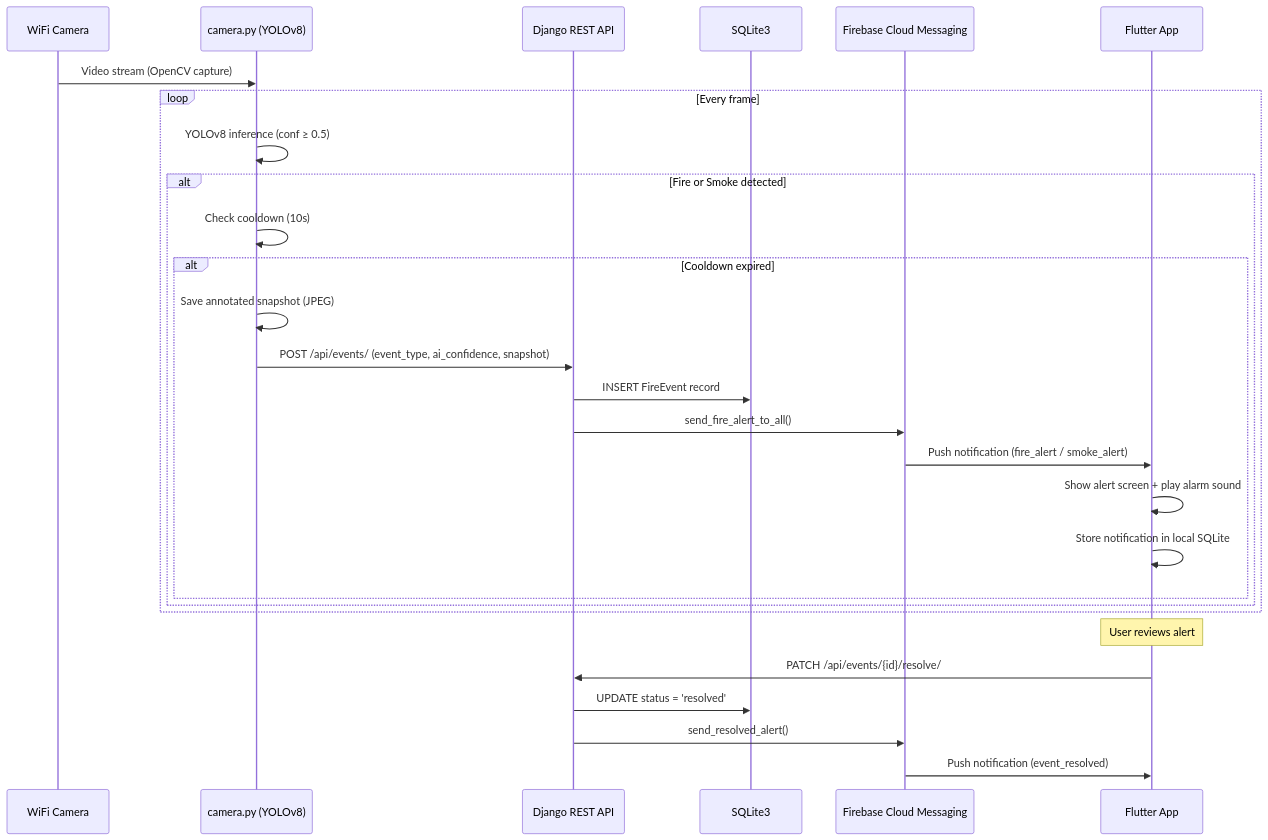
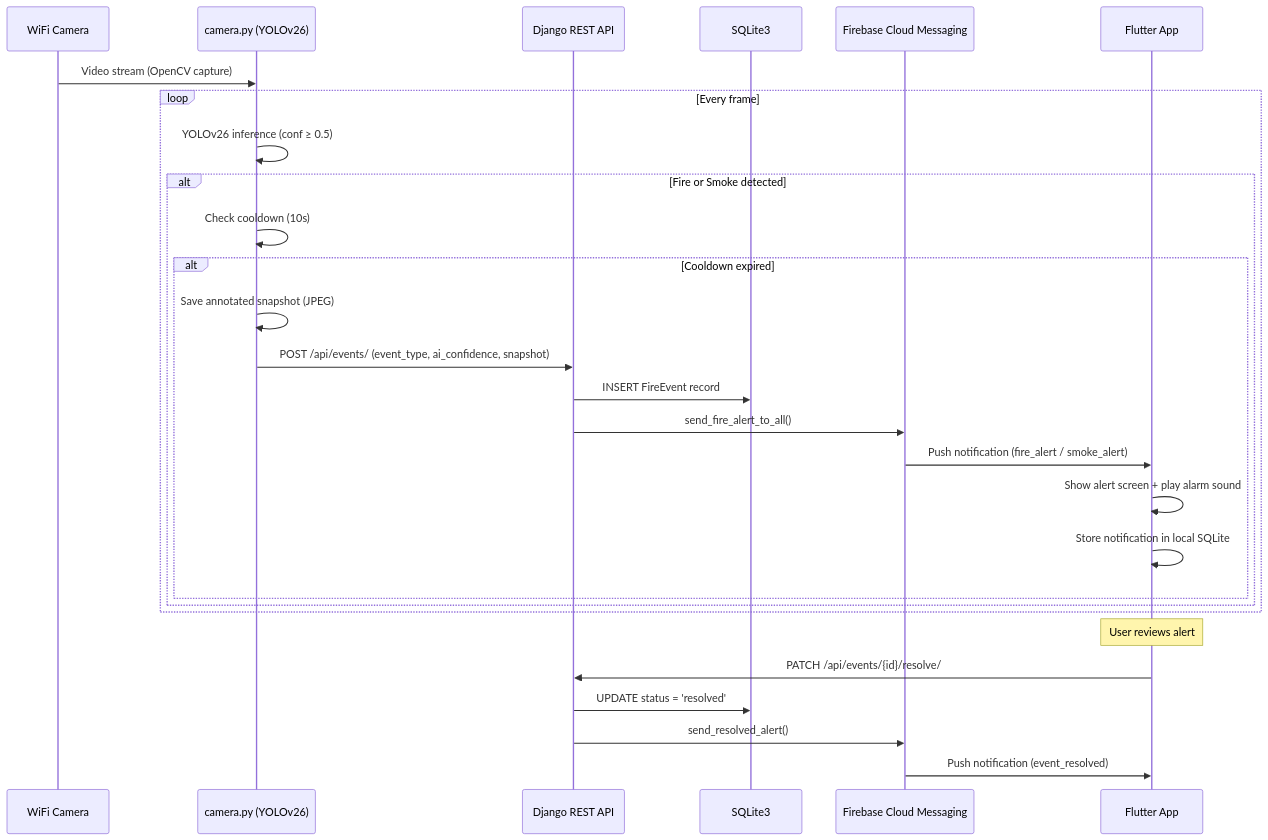
One commit to mostafaabdoelgohary2003AI/fireguard-graduation-project changed the second of 7 diagrams in README.md. Above: the diagram before and after it, drawn with Mermaid. The commit also changed other lines of this file, not shown here.

````diff
--- a/README.md
+++ b/README.md
@@ -157,32 +157,32 @@
 ```mermaid
 sequenceDiagram
     participant CAM as WiFi Camera
-    participant AI as camera.py (YOLOv8)
+    participant AI as camera.py (YOLOv26)
     participant API as Django REST API
     participant DB as SQLite3
     participant FCM as Firebase Cloud Messaging
     participant APP as Flutter App
 
     CAM->>AI: Video stream (OpenCV capture)
     loop Every frame
-        AI->>AI: YOLOv8 inference (conf ≥ 0.5)
+        AI->>AI: YOLOv26 inference (conf ≥ 0.5)
         alt Fire or Smoke detected
             AI->>AI: Check cooldown (10s)
             alt Cooldown expired
                 AI->>AI: Save annotated snapshot (JPEG)
                 AI->>API: POST /api/events/ (event_type, ai_confidence, snapshot)
                 API->>DB: INSERT FireEvent record
                 API->>FCM: send_fire_alert_to_all()
                 FCM->>APP: Push notification (fire_alert / smoke_alert)
                 APP->>APP: Show alert screen + play alarm sound
                 APP->>APP: Store notification in local SQLite
             end
         end
     end
 
     Note over APP: User reviews alert
     APP->>API: PATCH /api/events/{id}/resolve/
     API->>DB: UPDATE status = 'resolved'
     API->>FCM: send_resolved_alert()
     FCM->>APP: Push notification (event_resolved)
 ```
````
